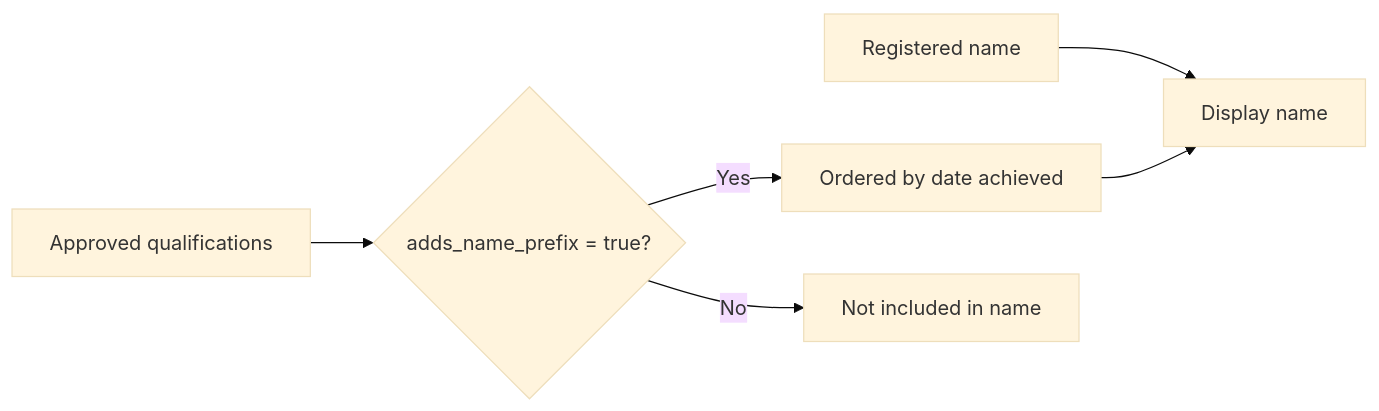
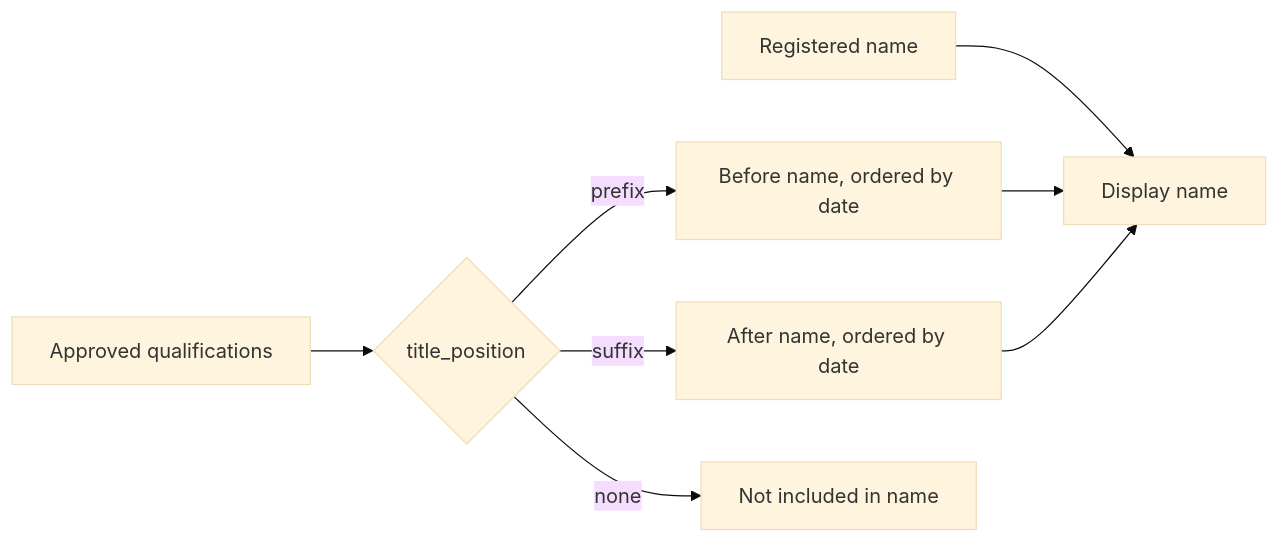
The fifth of 6 diagrams in docs/flow.md (openworldza/hpr-docs), drawn with Mermaid (base theme) before and after one commit. The commit also changed other lines of this file and 6 other files, not shown here.

````diff
--- a/docs/flow.md
+++ b/docs/flow.md
@@ -123,8 +123,10 @@
 ```mermaid
 flowchart LR
     A[Registered name] --> E[Display name]
-    B[Approved qualifications] --> C{adds_name_prefix = true?}
-    C -->|Yes| D[Ordered by date achieved]
-    C -->|No| F[Not included in name]
+    B[Approved qualifications] --> C{title_position}
+    C -->|prefix| D[Before name, ordered by date]
+    C -->|suffix| D2[After name, ordered by date]
+    C -->|none| F[Not included in name]
     D --> E
+    D2 --> E
 ```
````
